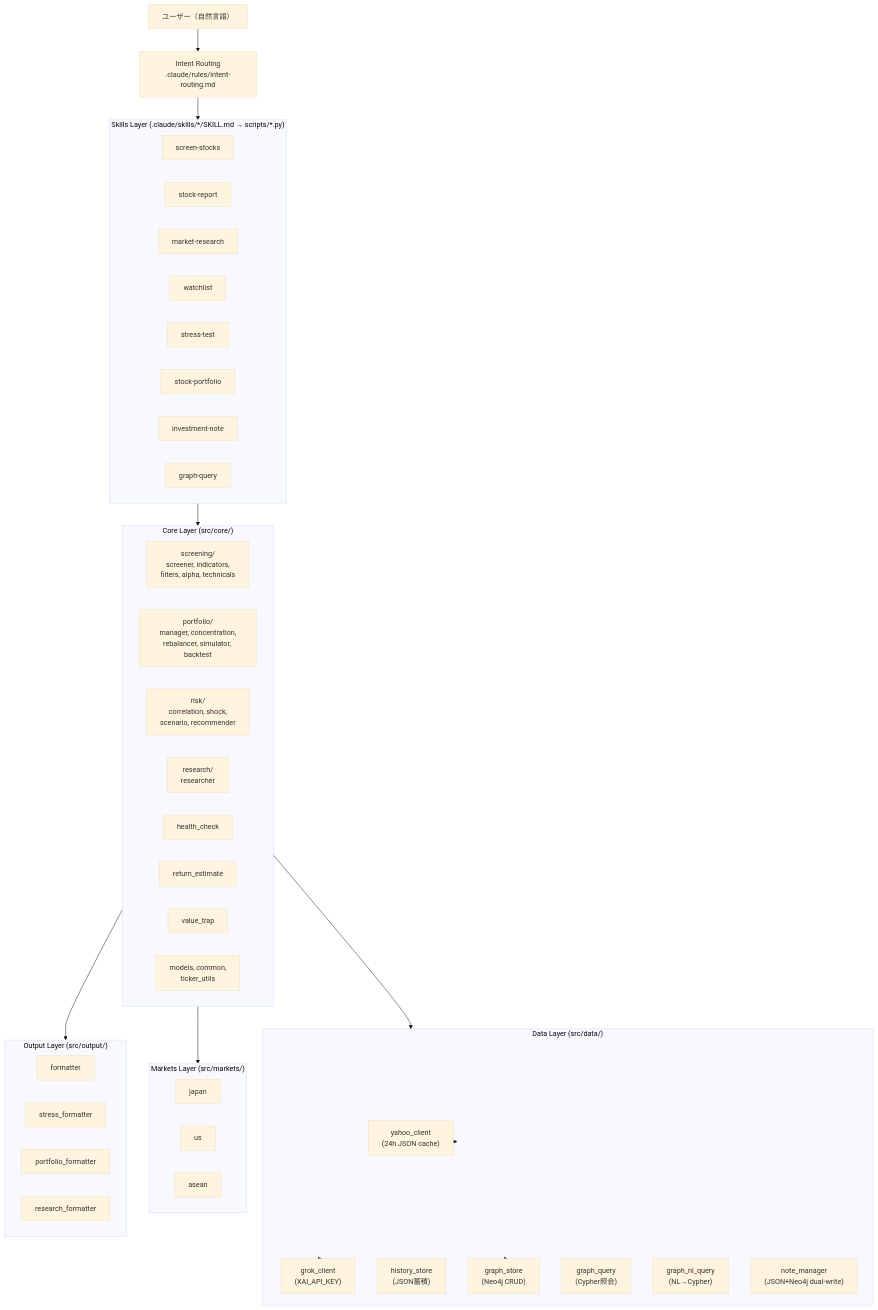
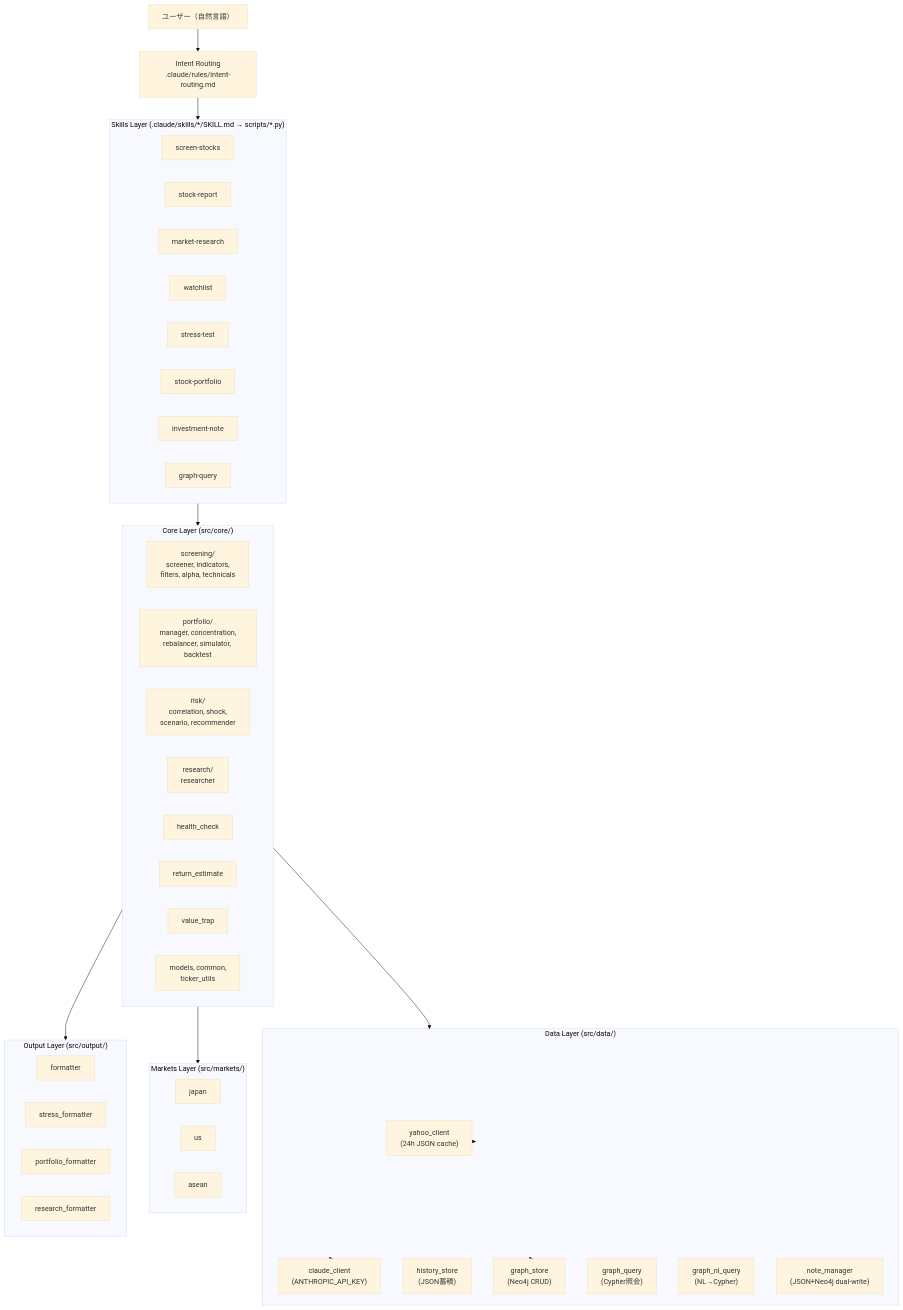
Before and after one commit to enori/stock_skills: the diagram in docs/architecture.md, drawn with Mermaid (base theme). The commit also changed other lines of this file and 28 other files, not shown here.

````diff
--- a/docs/architecture.md
+++ b/docs/architecture.md
@@ -13,59 +13,59 @@
 ```mermaid
 graph TD
     User["ユーザー（自然言語）"]
     IR["Intent Routing<br/>.claude/rules/intent-routing.md"]
 
     subgraph Skills["Skills Layer (.claude/skills/*/SKILL.md → scripts/*.py)"]
         SS["screen-stocks"]
         SR["stock-report"]
         MR["market-research"]
         WL["watchlist"]
         ST["stress-test"]
         SP["stock-portfolio"]
         IN["investment-note"]
         GQ["graph-query"]
     end
 
     subgraph Core["Core Layer (src/core/)"]
         SC["screening/<br/>screener, indicators,<br/>filters, alpha, technicals"]
         PF["portfolio/<br/>manager, concentration,<br/>rebalancer, simulator, backtest"]
         RK["risk/<br/>correlation, shock,<br/>scenario, recommender"]
         RS["research/<br/>researcher"]
         HC["health_check"]
         RE["return_estimate"]
         VT["value_trap"]
         MD["models, common,<br/>ticker_utils"]
     end
 
     subgraph Data["Data Layer (src/data/)"]
         YC["yahoo_client<br/>(24h JSON cache)"]
-        GC["grok_client<br/>(XAI_API_KEY)"]
+        GC["claude_client<br/>(ANTHROPIC_API_KEY)"]
         HS["history_store<br/>(JSON蓄積)"]
         GS["graph_store<br/>(Neo4j CRUD)"]
         GQM["graph_query<br/>(Cypher照会)"]
         NL["graph_nl_query<br/>(NL→Cypher)"]
         NM["note_manager<br/>(JSON+Neo4j dual-write)"]
     end
 
     subgraph Markets["Markets Layer (src/markets/)"]
         JP["japan"]
         US["us"]
         AS["asean"]
     end
 
     subgraph Output["Output Layer (src/output/)"]
         FM["formatter"]
         SF["stress_formatter"]
         PFM["portfolio_formatter"]
         RF["research_formatter"]
     end
 
     User --> IR --> Skills
     Skills --> Core
     Core --> Data
     Core --> Markets
     Core --> Output
     Data --> YC
     Data --> GC
     Data --> GS
 ```
````
